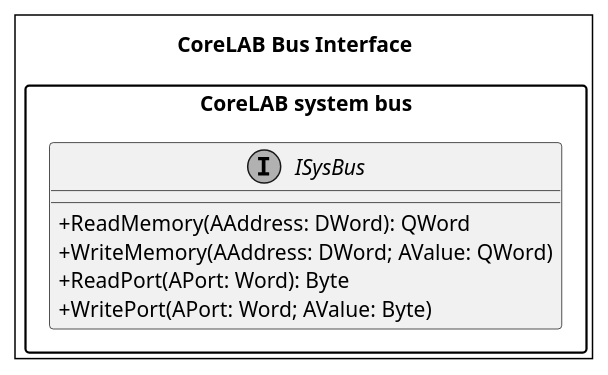
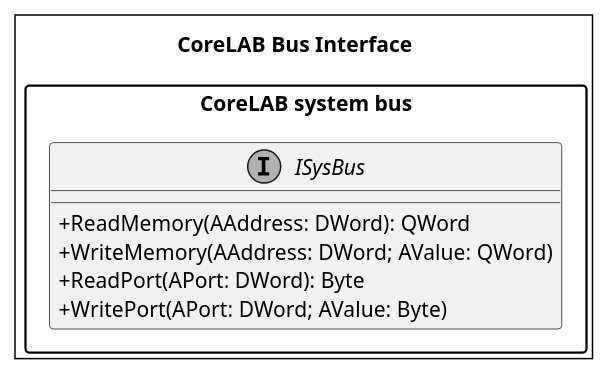
Before and after one commit to pozsarzs/corelab: the diagram in document/code/diagrams/source/interface_bus.puml, drawn with PlantUML. The commit also changed 22 other files, not shown here.

```diff
--- a/document/code/diagrams/source/interface_bus.puml
+++ b/document/code/diagrams/source/interface_bus.puml
@@ -1,26 +1,26 @@
 @startuml
 title CoreLAB Bus Interface
 
 skinparam classAttributeIconSize 0
 skinparam diagramBorderColor black
 skinparam diagramBorderThickness 1
 'skinparam linetype ortho
 skinparam nodesep 10
 skinparam packageStyle rectangle
 skinparam ranksep 10
 skinparam shadowing false
 skinparam monochrome true
 left to right direction
 
 package "CoreLAB system bus" {
 
   interface ISysBus {
     + ReadMemory(AAddress: DWord): QWord
     + WriteMemory(AAddress: DWord; AValue: QWord)
-    + ReadPort(APort: Word): Byte
-    + WritePort(APort: Word; AValue: Byte)
+    + ReadPort(APort: DWord): Byte
+    + WritePort(APort: DWord; AValue: Byte)
   }
 
 }
 
 @enduml
```
